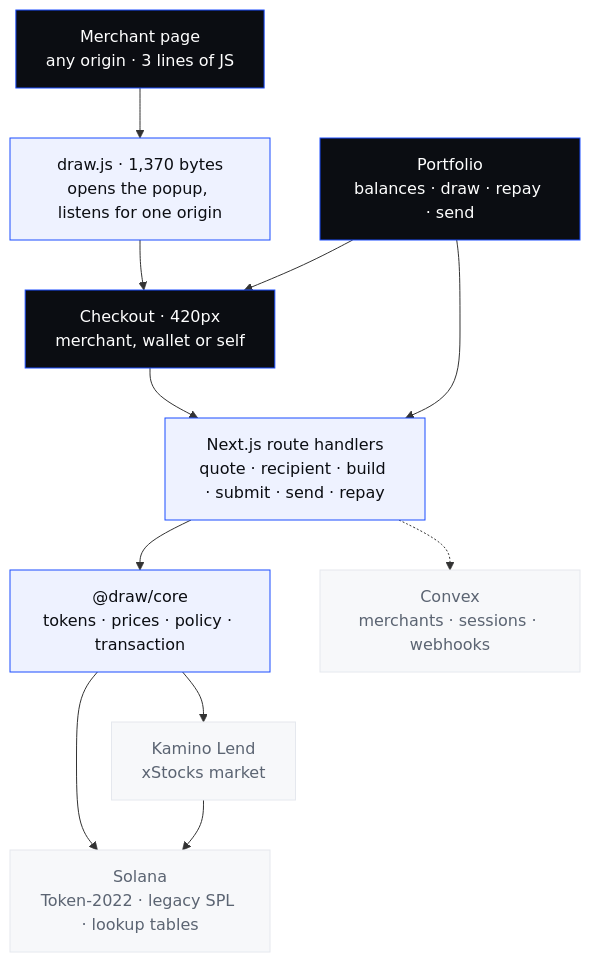
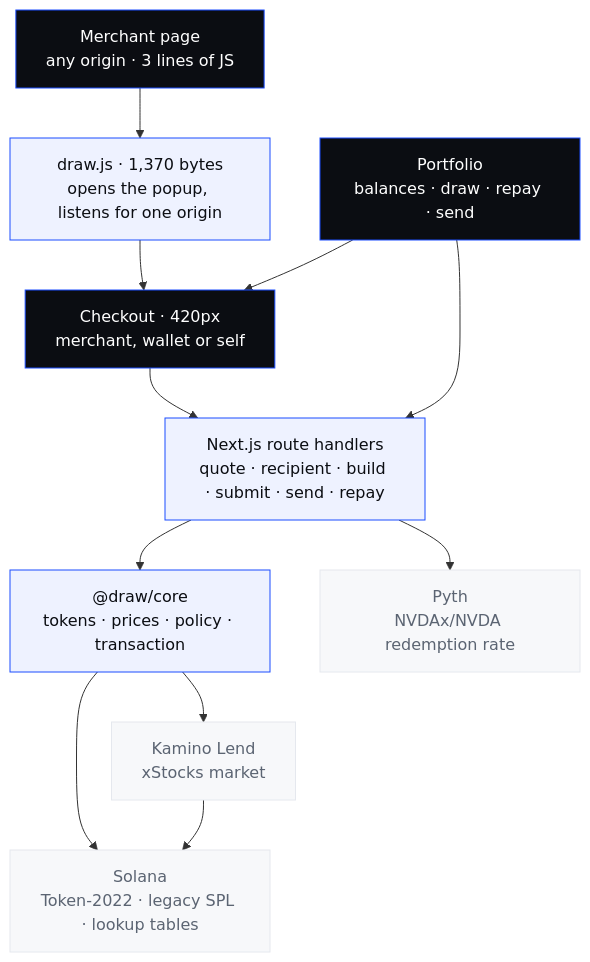
One commit to Nnadijoshuac/draw changed the diagram in README.md. Above: the diagram before and after it, drawn with Mermaid. The commit also changed other lines of this file and 4 other files, not shown here.

````diff
--- a/README.md
+++ b/README.md
@@ -152,30 +153,30 @@
 ```mermaid
 flowchart TB
     store["Merchant page<br/>any origin · 3 lines of JS"]
     embed["draw.js · 1,370 bytes<br/>opens the popup, listens for one origin"]
     checkout["Checkout · 420px<br/>merchant, wallet or self"]
     portfolio["Portfolio<br/>balances · draw · repay · send"]
     routes["Next.js route handlers<br/>quote · recipient · build · submit · send · repay"]
     core["@draw/core<br/>tokens · prices · policy · transaction"]
-    convex["Convex<br/>merchants · sessions · webhooks"]
+    pyth["Pyth<br/>NVDAx/NVDA redemption rate"]
     kamino["Kamino Lend<br/>xStocks market"]
     chain["Solana<br/>Token-2022 · legacy SPL · lookup tables"]
 
     store --> embed
     embed --> checkout
     portfolio --> checkout
     checkout --> routes
     portfolio --> routes
     routes --> core
-    routes -.-> convex
+    routes --> pyth
     core --> kamino
     core --> chain
     kamino --> chain
 
     classDef surface fill:#0B0D12,stroke:#1B4DFF,color:#ffffff
     classDef engine fill:#EEF2FF,stroke:#1B4DFF,color:#0B0D12
     classDef external fill:#F7F8FA,stroke:#E5E8EE,color:#5B6472
     class store,checkout,portfolio surface
     class embed,routes,core engine
-    class convex,kamino,chain external
+    class pyth,kamino,chain external
 ```
````
